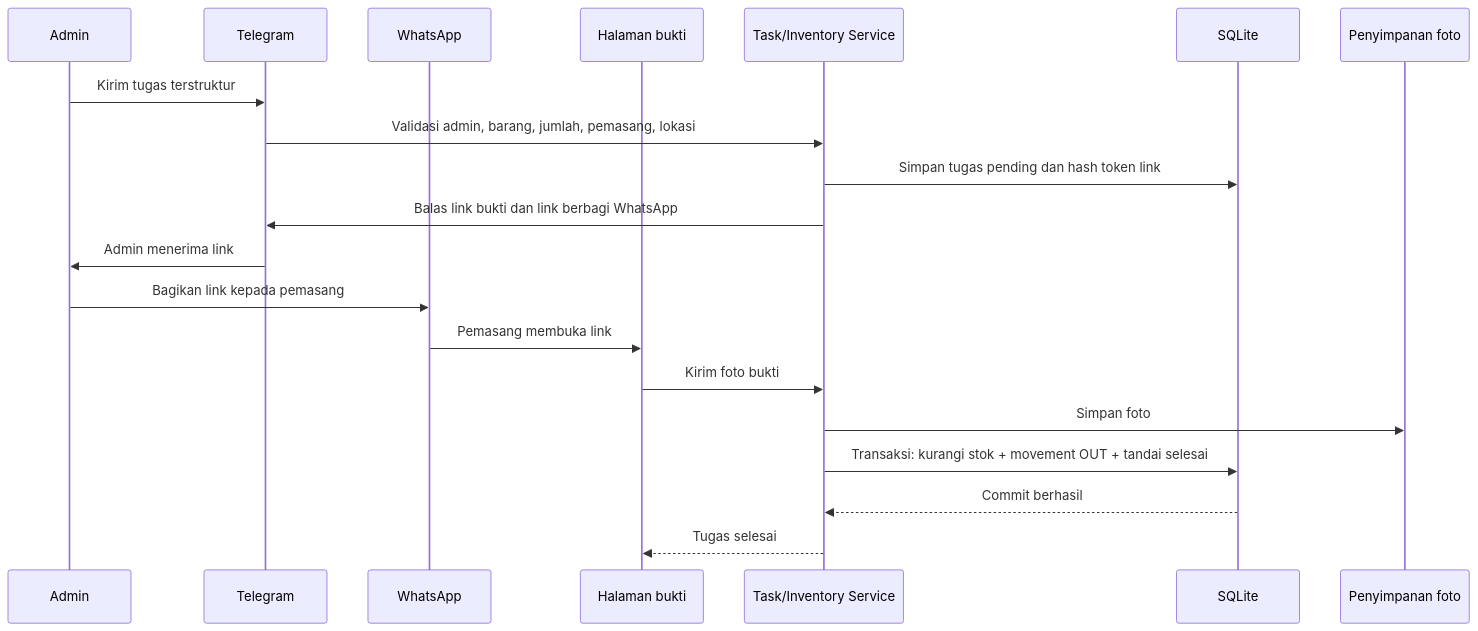
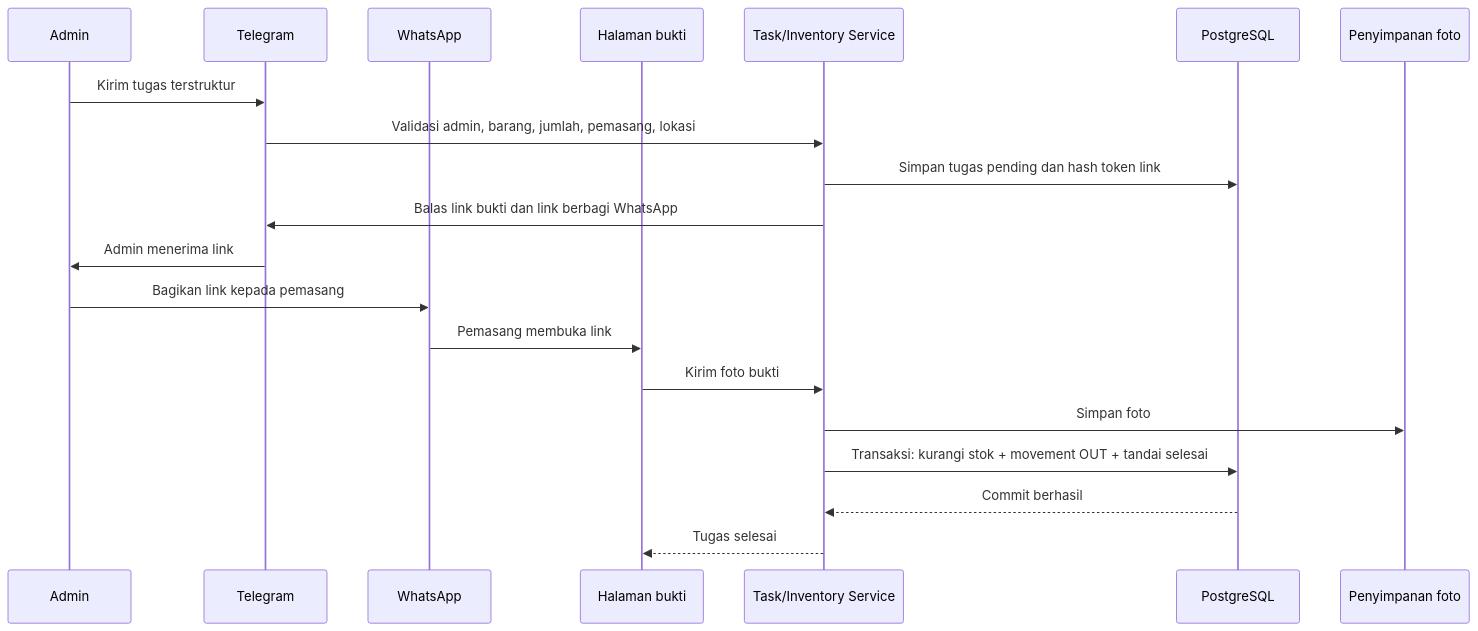
One commit to MadeDaniArdana/Stok_Bot changed the second of 2 diagrams in Doc/05-Arsitektur.md. Above: the diagram before and after it, drawn with Mermaid. The commit also changed other lines of this file and 26 other files, not shown here.

First line of the commit message:
Pindah ke PostgreSQL + Vercel Blob, wizard Telegram berbasis tombol

````diff
--- a/Doc/05-Arsitektur.md
+++ b/Doc/05-Arsitektur.md
@@ -43,23 +43,23 @@
 ```mermaid
 sequenceDiagram
   participant A as Admin
   participant T as Telegram
   participant W as WhatsApp
   participant P as Halaman bukti
   participant S as Task/Inventory Service
-  participant D as SQLite
+  participant D as PostgreSQL
   participant F as Penyimpanan foto
 
   A->>T: Kirim tugas terstruktur
   T->>S: Validasi admin, barang, jumlah, pemasang, lokasi
   S->>D: Simpan tugas pending dan hash token link
   S->>T: Balas link bukti dan link berbagi WhatsApp
   T->>A: Admin menerima link
   A->>W: Bagikan link kepada pemasang
   W->>P: Pemasang membuka link
   P->>S: Kirim foto bukti
   S->>F: Simpan foto
   S->>D: Transaksi: kurangi stok + movement OUT + tandai selesai
   D-->>S: Commit berhasil
   S-->>P: Tugas selesai
 ```
````
